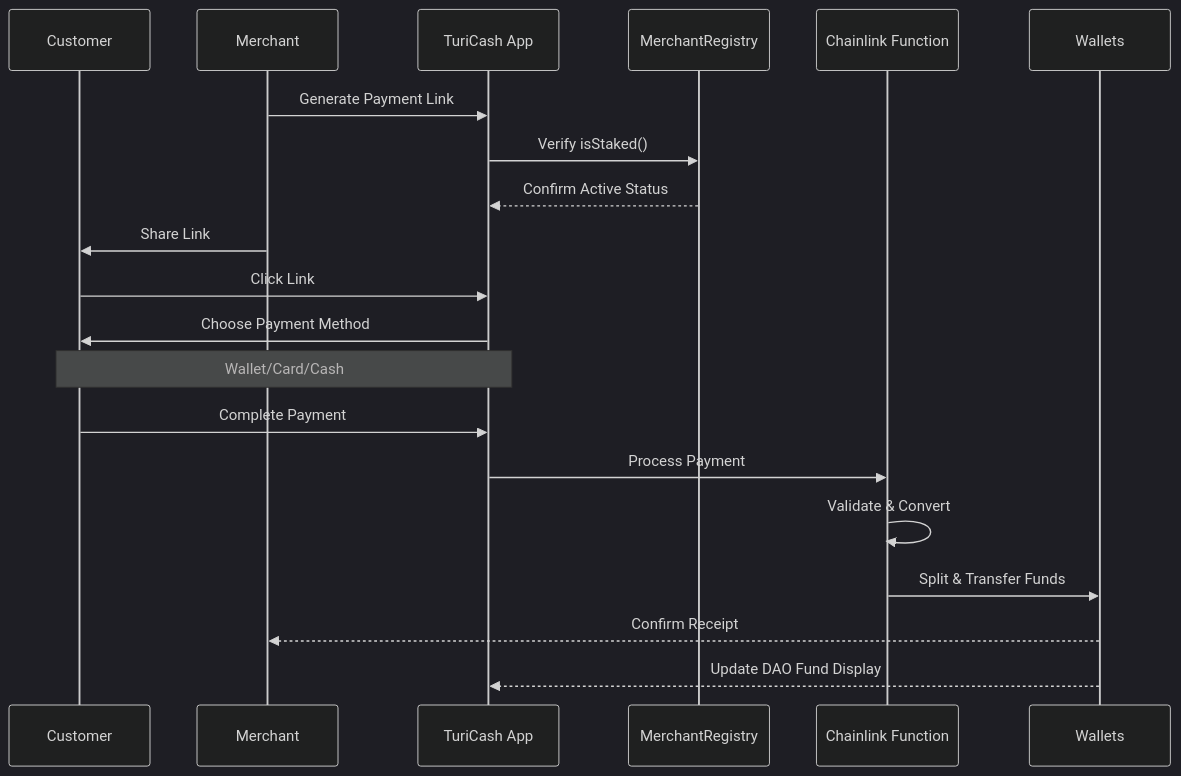
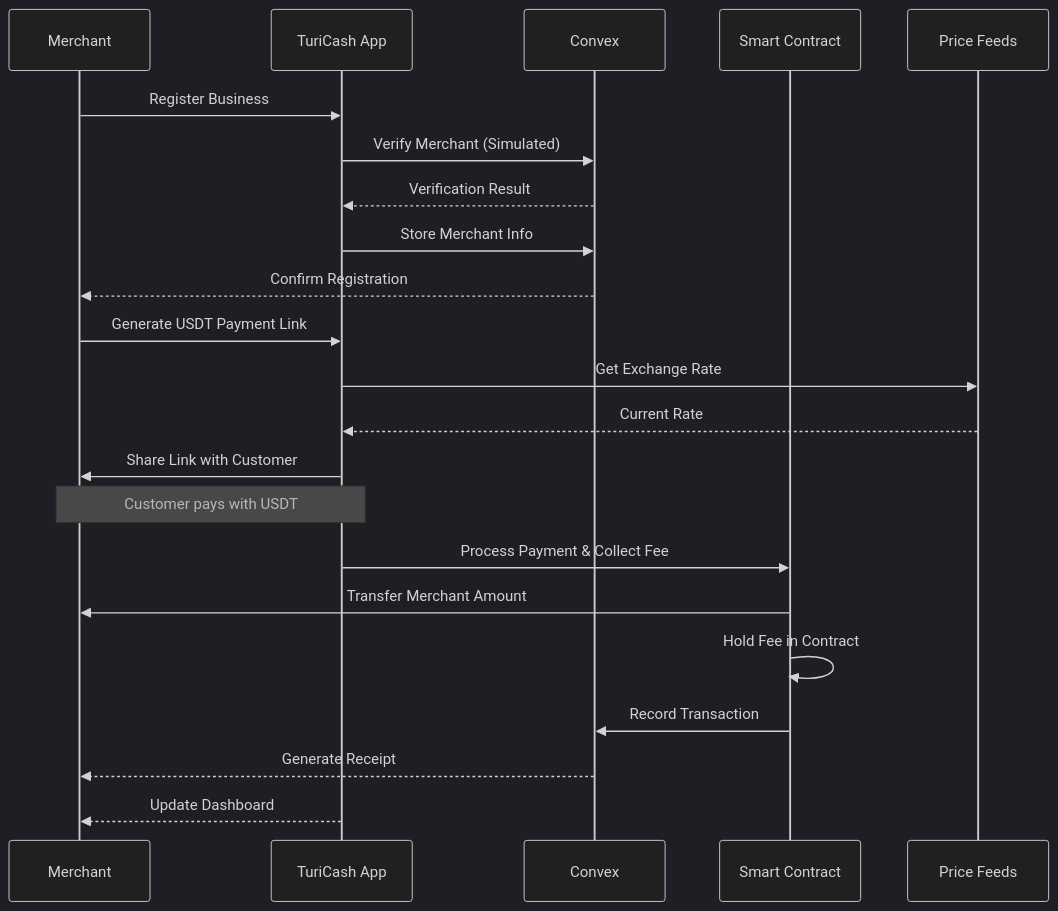
Before and after one commit to tapilew/equilibrio-alpha: the diagram in README.md, drawn with Mermaid (dark theme). The commit also changed other lines of this file and 3 other files, not shown here.

````diff
--- a/README.md
+++ b/README.md
@@ -1166,23 +123,25 @@
 ```mermaid
 sequenceDiagram
-    participant C as Customer
     participant M as Merchant
     participant A as TuriCash App
-    participant R as MerchantRegistry
-    participant CF as Chainlink Function
-    participant W as Wallets
-
-    M->>A: Generate Payment Link
-    A->>R: Verify isStaked()
-    R-->>A: Confirm Active Status
-    M->>C: Share Link
-    C->>A: Click Link
-    A->>C: Choose Payment Method
-    Note over C,A: Wallet/Card/Cash
-    C->>A: Complete Payment
-    A->>CF: Process Payment
-    CF->>CF: Validate & Convert
-    CF->>W: Split & Transfer Funds
-    W-->>M: Confirm Receipt
-    W-->>A: Update DAO Fund Display
+    participant CV as Convex
+    participant SC as Smart Contract
+    participant PF as Price Feeds
+    
+    M->>A: Register Business
+    A->>CV: Verify Merchant (Simulated)
+    CV-->>A: Verification Result
+    A->>CV: Store Merchant Info
+    CV-->>M: Confirm Registration
+    M->>A: Generate USDT Payment Link
+    A->>PF: Get Exchange Rate
+    PF-->>A: Current Rate
+    A->>M: Share Link with Customer
+    Note over M,A: Customer pays with USDT
+    A->>SC: Process Payment & Collect Fee
+    SC->>M: Transfer Merchant Amount
+    SC->>SC: Hold Fee in Contract
+    SC->>CV: Record Transaction
+    CV-->>M: Generate Receipt
+    A-->>M: Update Dashboard
 ```
````
